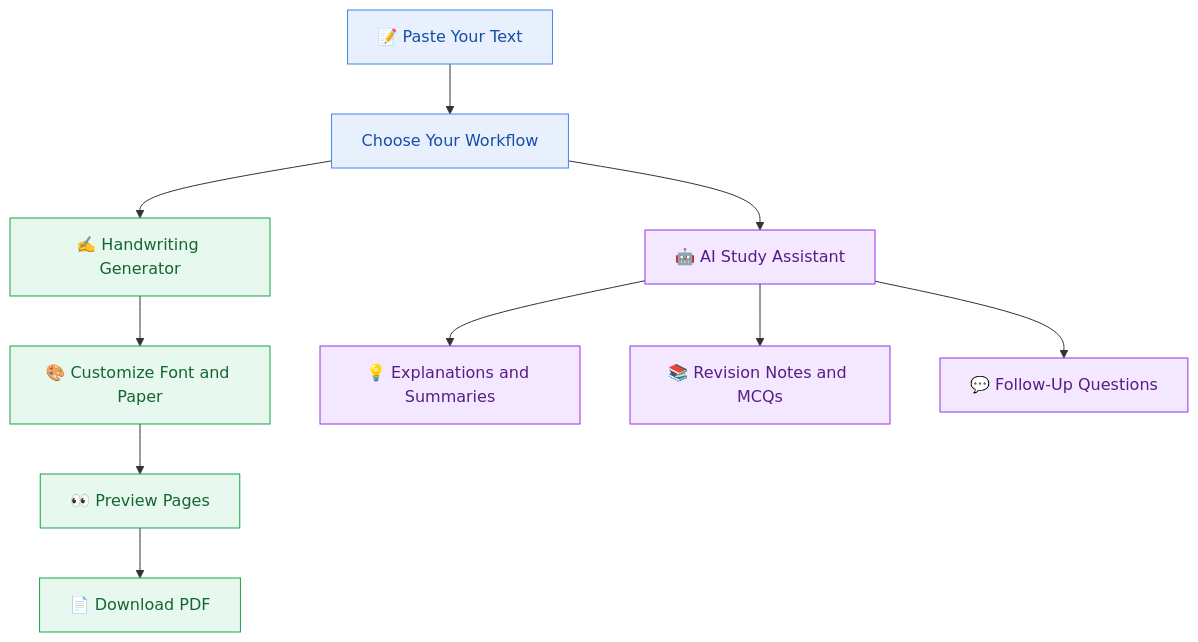
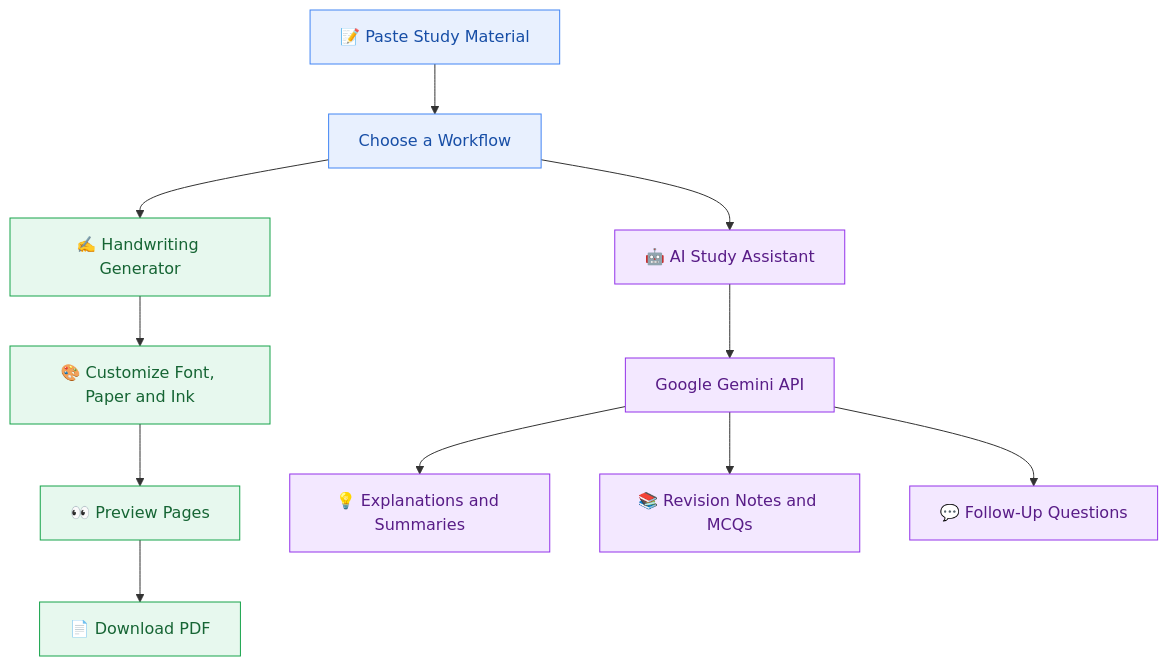
The diagram in README.md (codewithMeesum/Textify-AI-), drawn with Mermaid before and after one commit. The commit also changed other lines of this file, not shown here.

````diff
--- a/README.md
+++ b/README.md
@@ -77,23 +87,24 @@
 ```mermaid
 flowchart TD
-    A["📝 Paste Your Text"] --> B["Choose Your Workflow"]
+    A["📝 Paste Study Material"] --> B["Choose a Workflow"]
 
     B --> C["✍️ Handwriting Generator"]
     B --> D["🤖 AI Study Assistant"]
 
-    C --> E["🎨 Customize Font and Paper"]
+    C --> E["🎨 Customize Font, Paper and Ink"]
     E --> F["👀 Preview Pages"]
     F --> G["📄 Download PDF"]
 
-    D --> H["💡 Explanations and Summaries"]
-    D --> I["📚 Revision Notes and MCQs"]
-    D --> J["💬 Follow-Up Questions"]
+    D --> H["Google Gemini API"]
+    H --> I["💡 Explanations and Summaries"]
+    H --> J["📚 Revision Notes and MCQs"]
+    H --> K["💬 Follow-Up Questions"]
 
     classDef start fill:#e8f0fe,stroke:#4285f4,color:#174ea6
     classDef writing fill:#e7f8ee,stroke:#16a34a,color:#166534
     classDef ai fill:#f3e8ff,stroke:#9333ea,color:#581c87
 
     class A,B start
     class C,E,F,G writing
-    class D,H,I,J ai
+    class D,H,I,J,K ai
 ```
````
